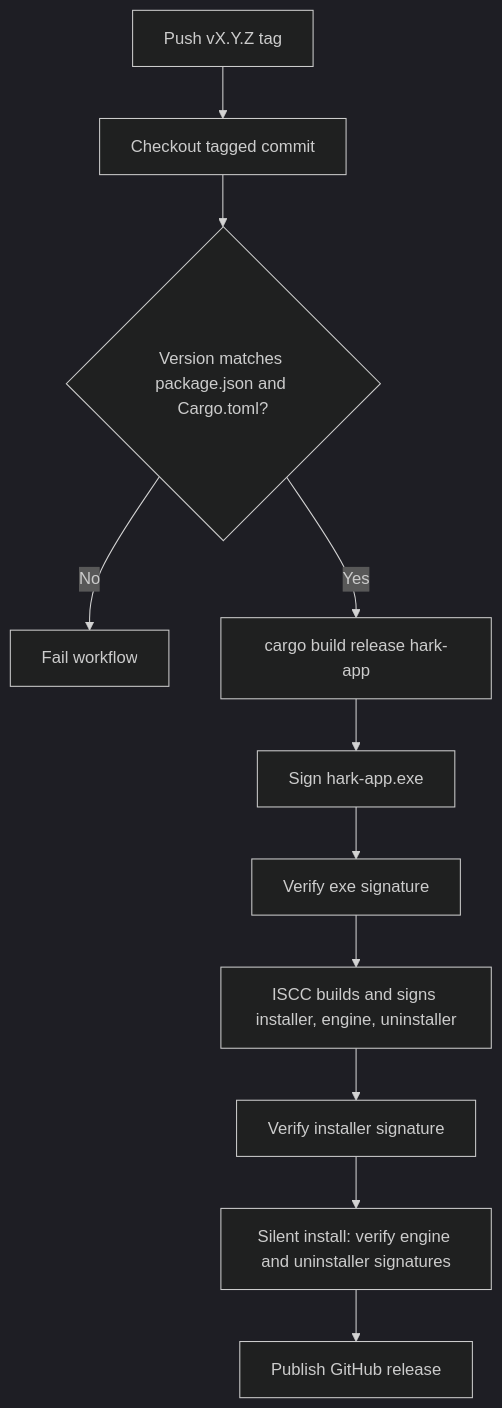
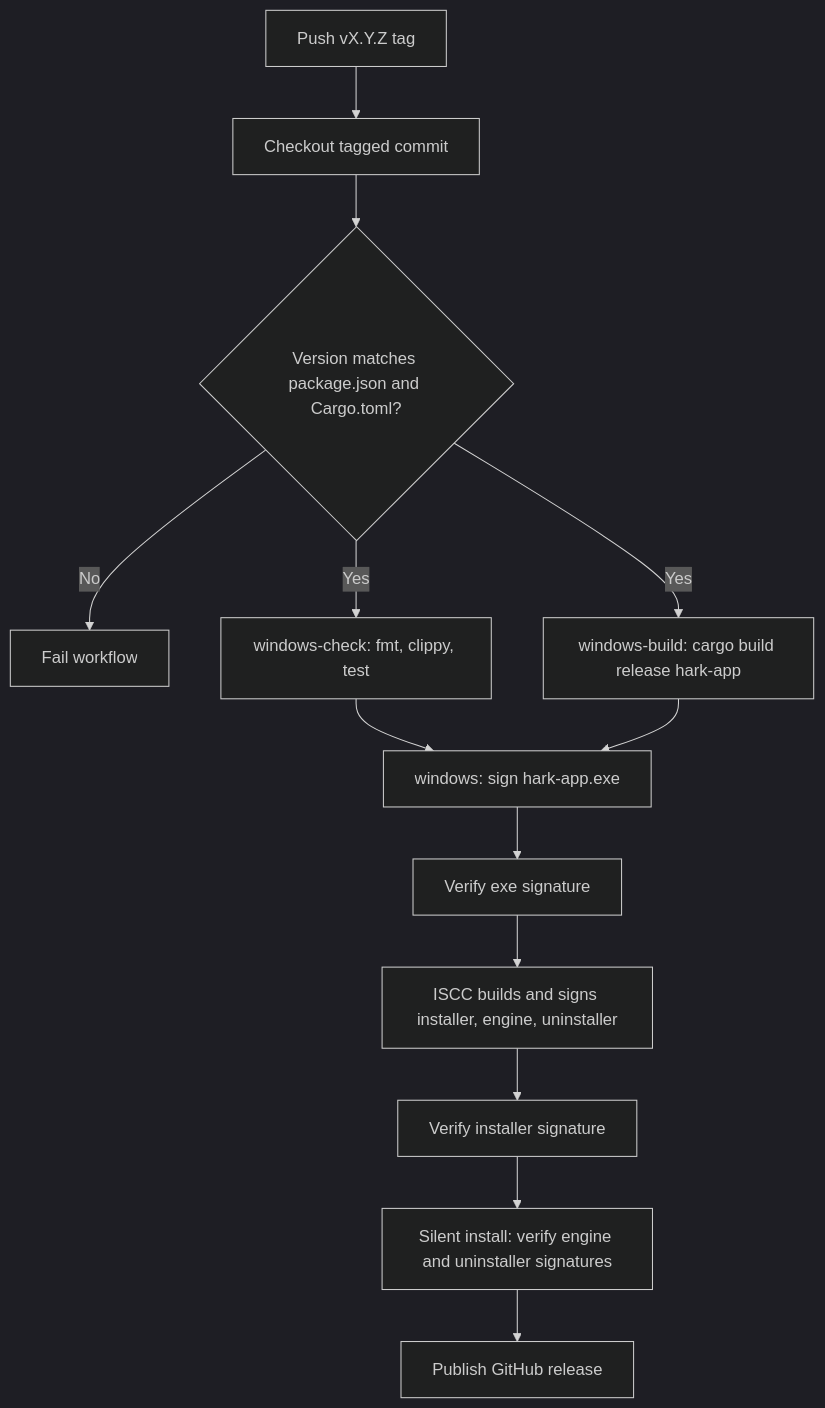
The diagram in Docs/operations/RELEASE_AND_PACKAGING.md (BoardPandas/Hark), drawn with Mermaid (dark theme) before and after one commit. The commit also changed other lines of this file and 6 other files, not shown here.

First line of the commit message:
ci(release): split each platform into check, build and publish; reuse main's cache (0.68.9)

````diff
--- a/Docs/operations/RELEASE_AND_PACKAGING.md
+++ b/Docs/operations/RELEASE_AND_PACKAGING.md
@@ -32,13 +32,15 @@
 ```mermaid
 graph TD
     A["Push vX.Y.Z tag"] --> B["Checkout tagged commit"]
     B --> C{"Version matches package.json and Cargo.toml?"}
     C -->|"No"| D["Fail workflow"]
-    C -->|"Yes"| E["cargo build release hark-app"]
-    E --> F["Sign hark-app.exe"]
+    C -->|"Yes"| E1["windows-check: fmt, clippy, test"]
+    C -->|"Yes"| E2["windows-build: cargo build release hark-app"]
+    E1 --> F["windows: sign hark-app.exe"]
+    E2 --> F
     F --> G["Verify exe signature"]
     G --> H["ISCC builds and signs installer, engine, uninstaller"]
     H --> I["Verify installer signature"]
     I --> J["Silent install: verify engine and uninstaller signatures"]
     J --> K["Publish GitHub release"]
 ```
````
